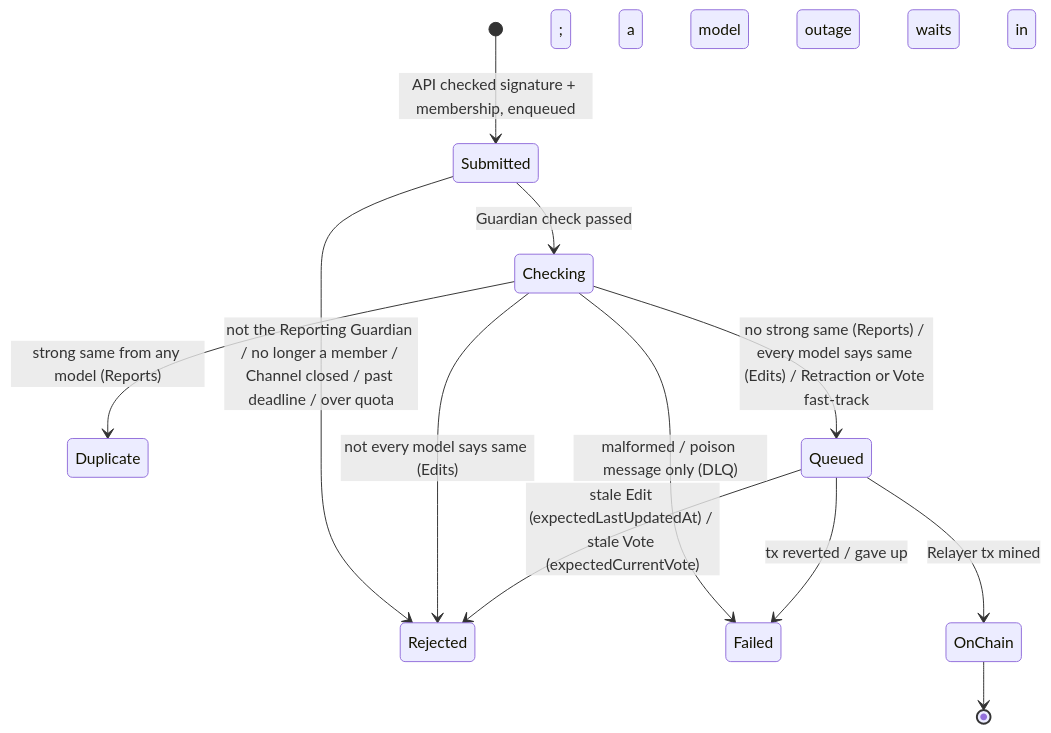
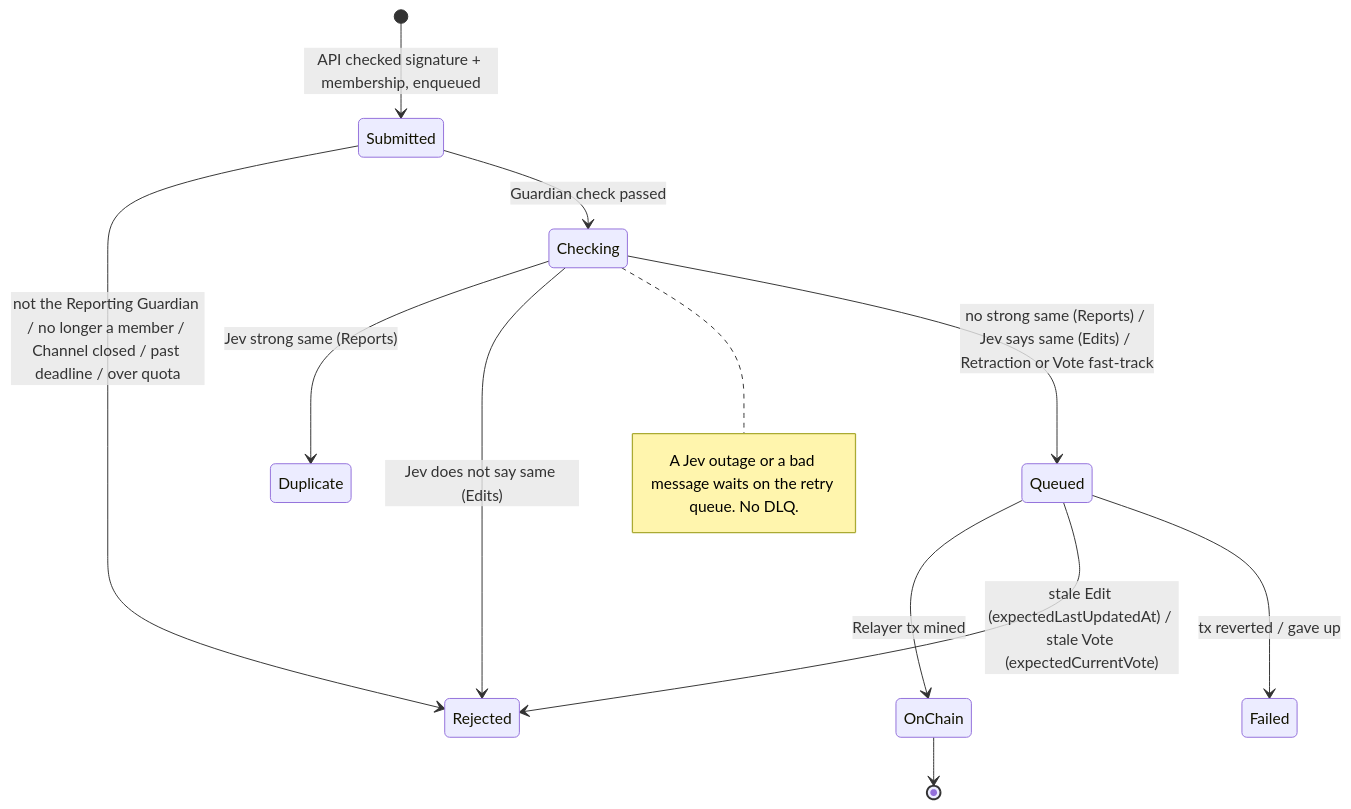
The third of 3 diagrams in docs/intake-redesign.md (ThatsRekt/thatsRekt), drawn with Mermaid before and after one commit. The commit also changed other lines of this file and 2 other files, not shown here.

First line of the commit message:
docs(intake): lock Jerry pass-2 answers — Jev only, accepted-only pool

````diff
--- a/docs/intake-redesign.md
+++ b/docs/intake-redesign.md
@@ -91,14 +91,14 @@
 ```mermaid
 stateDiagram-v2
   [*] --> Submitted: API checked signature + membership, enqueued
   Submitted --> Rejected: not the Reporting Guardian / no longer a member / Channel closed / past deadline / over quota
   Submitted --> Checking: Guardian check passed
-  Checking --> Duplicate: strong same from any model (Reports)
-  Checking --> Rejected: not every model says same (Edits)
-  Checking --> Failed: malformed / poison message only (DLQ); a model outage waits in Checking
-  Checking --> Queued: no strong same (Reports) / every model says same (Edits) / Retraction or Vote fast-track
+  Checking --> Duplicate: Jev strong same (Reports)
+  Checking --> Rejected: Jev does not say same (Edits)
+  note right of Checking: A Jev outage or a bad message waits on the retry queue. No DLQ.
+  Checking --> Queued: no strong same (Reports) / Jev says same (Edits) / Retraction or Vote fast-track
   Queued --> OnChain: Relayer tx mined
   Queued --> Rejected: stale Edit (expectedLastUpdatedAt) / stale Vote (expectedCurrentVote)
   Queued --> Failed: tx reverted / gave up
   OnChain --> [*]
 ```
````
